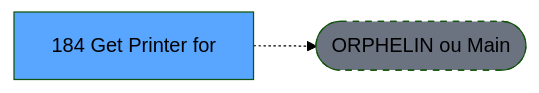
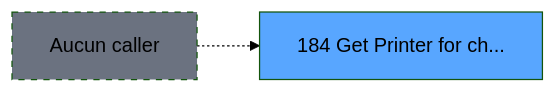
The second of 3 diagrams in .openspec/specs/ADH-IDE-184.md (thonyAGP/magic-migration), drawn with Mermaid (forest theme) before and after one commit. The commit also changed other lines of this file and 311 other files, not shown here.

````diff
--- a/.openspec/specs/ADH-IDE-184.md
+++ b/.openspec/specs/ADH-IDE-184.md
@@ -121,8 +122,8 @@
 ```mermaid
 graph LR
-    T[184 Get Printer for]
-    ORPHAN([ORPHELIN ou Main])
-    T -.-> ORPHAN
-    style T fill:#58a6ff,color:#000
-    style ORPHAN fill:#6b7280,stroke-dasharray: 5 5
+    T184[184 Get Printer for ch...]
+    style T184 fill:#58a6ff
+    NONE[Aucun caller]
+    NONE -.-> T184
+    style NONE fill:#6b7280,stroke-dasharray: 5 5
 ```
````
